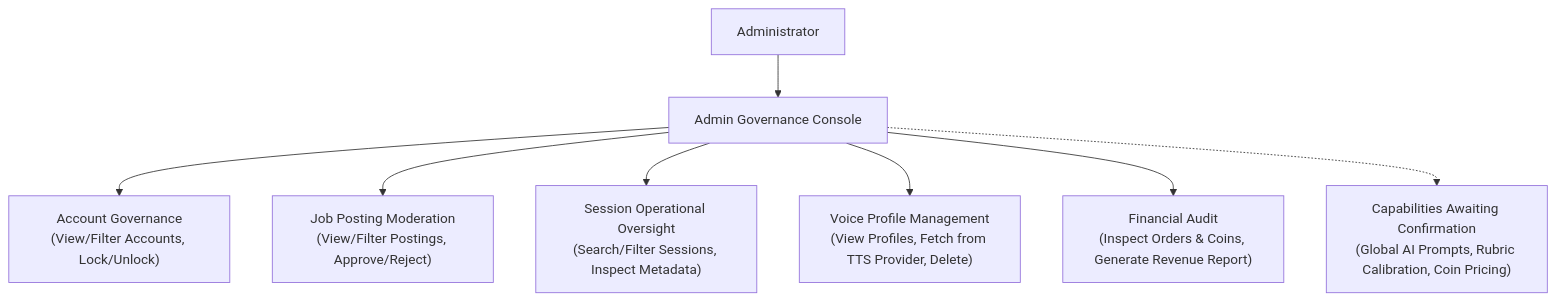
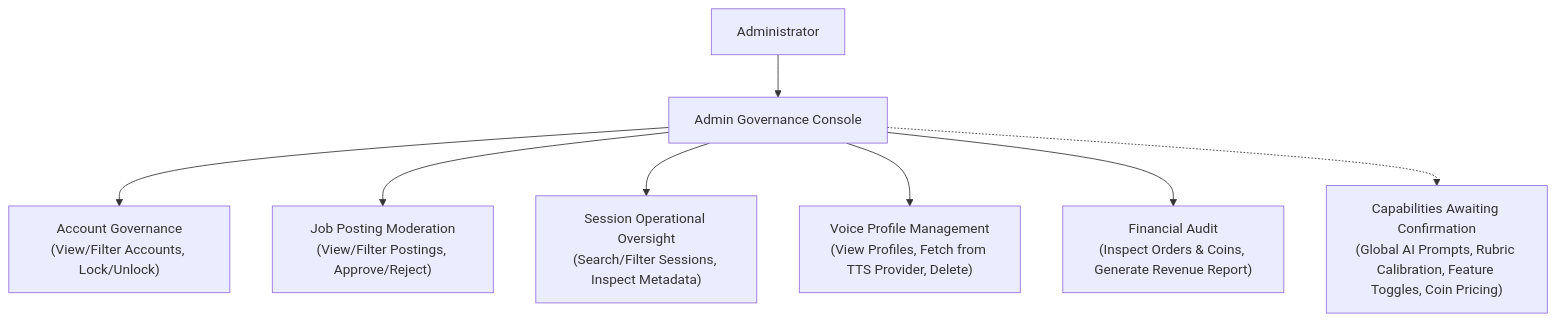
The diagram in 01_Domains/Administration/README.md (cog-forge/role-cue-brain), drawn with Mermaid before and after one commit. The commit also changed other lines of this file and 11 other files, not shown here.

````diff
--- a/01_Domains/Administration/README.md
+++ b/01_Domains/Administration/README.md
@@ -58,11 +57,11 @@
 ```mermaid
 flowchart TD
     ADMIN["Administrator"] --> CONSOLE["Admin Governance Console"]
 
     CONSOLE --> ACC["Account Governance<br/>(View/Filter Accounts, Lock/Unlock)"]
     CONSOLE --> JP["Job Posting Moderation<br/>(View/Filter Postings, Approve/Reject)"]
     CONSOLE --> SESS["Session Operational Oversight<br/>(Search/Filter Sessions, Inspect Metadata)"]
     CONSOLE --> VOICE["Voice Profile Management<br/>(View Profiles, Fetch from TTS Provider, Delete)"]
     CONSOLE --> FIN["Financial Audit<br/>(Inspect Orders & Coins, Generate Revenue Report)"]
-    CONSOLE -.-> OPEN["Capabilities Awaiting Confirmation<br/>(Global AI Prompts, Rubric Calibration, Coin Pricing)"]
+    CONSOLE -.-> OPEN["Capabilities Awaiting Confirmation<br/>(Global AI Prompts, Rubric Calibration, Feature Toggles, Coin Pricing)"]
 ```
````
